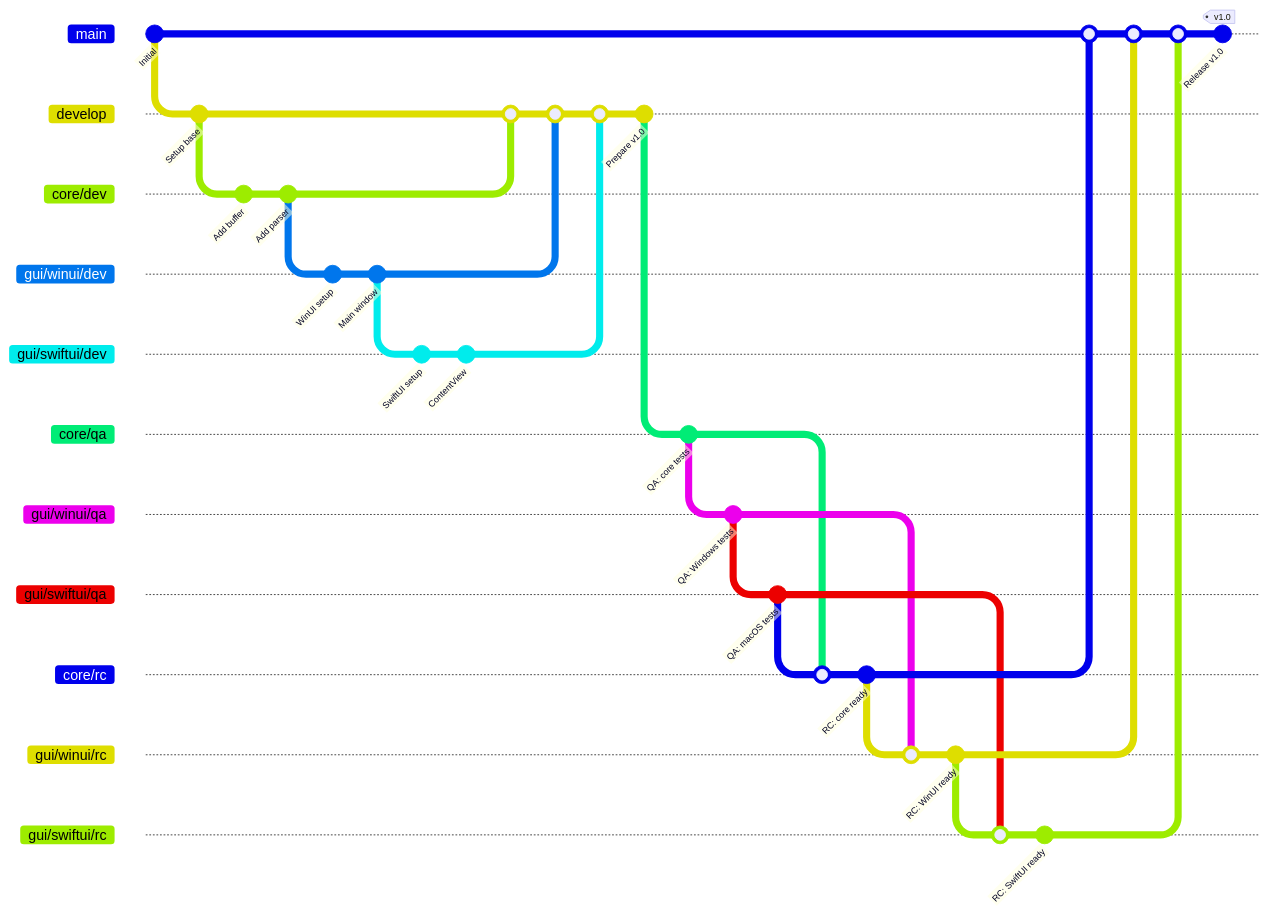
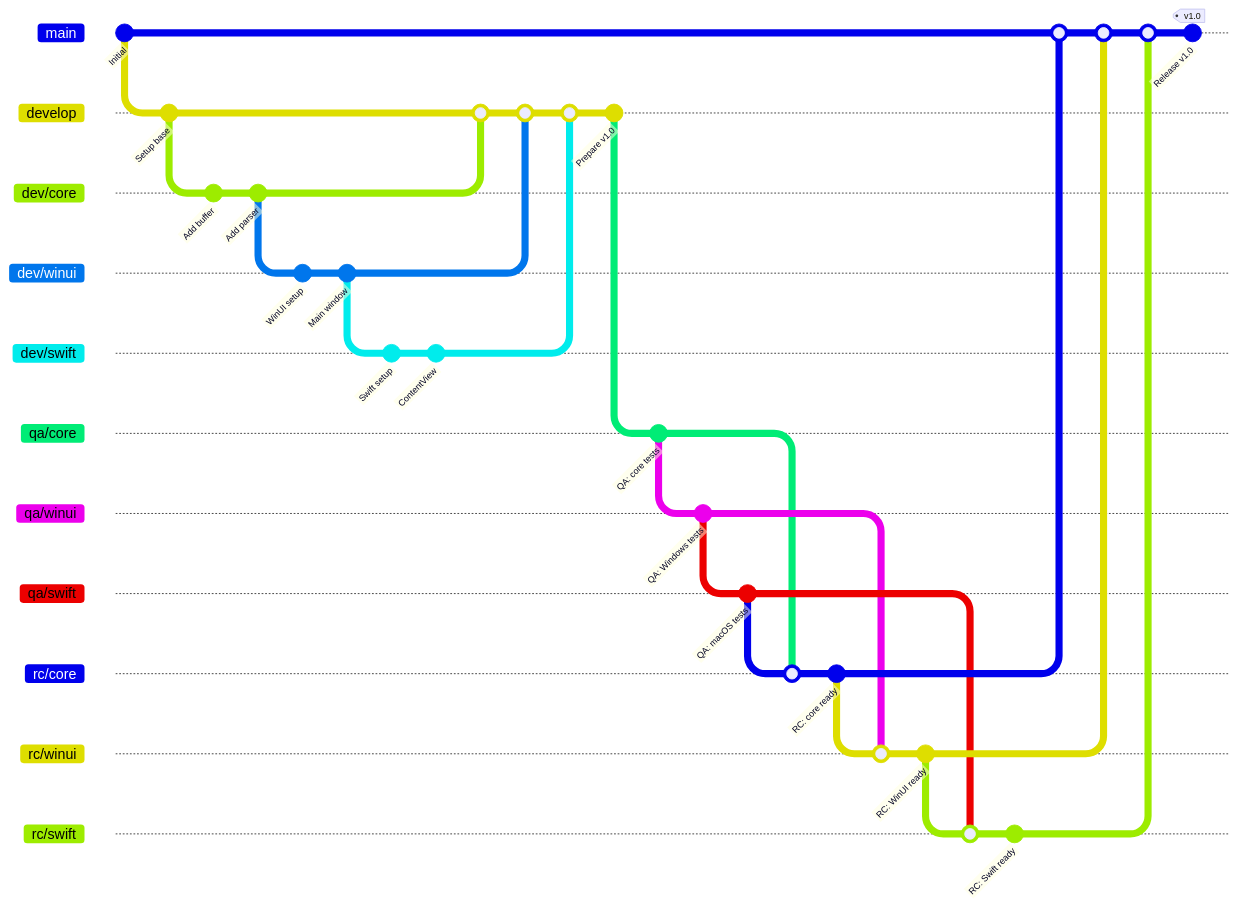
Before and after one commit to incognia/TextEditor: the second of 2 diagrams in docs/BRANCHING.md, drawn with Mermaid. The commit also changed other lines of this file, not shown here.

````diff
--- a/docs/BRANCHING.md
+++ b/docs/BRANCHING.md
@@ -57,61 +64,61 @@
 ```mermaid
 gitGraph
     commit id: "Initial"
     branch develop
     checkout develop
     commit id: "Setup base"
     
-    branch core/dev
-    checkout core/dev
+    branch dev/core
+    checkout dev/core
     commit id: "Add buffer"
     commit id: "Add parser"
     
-    branch gui/winui/dev
-    checkout gui/winui/dev
+    branch dev/winui
+    checkout dev/winui
     commit id: "WinUI setup"
     commit id: "Main window"
     
-    branch gui/swiftui/dev
-    checkout gui/swiftui/dev
-    commit id: "SwiftUI setup"
+    branch dev/swift
+    checkout dev/swift
+    commit id: "Swift setup"
     commit id: "ContentView"
     
     checkout develop
-    merge core/dev
-    merge gui/winui/dev
-    merge gui/swiftui/dev
+    merge dev/core
+    merge dev/winui
+    merge dev/swift
     commit id: "Prepare v1.0"
     
-    branch core/qa
-    checkout core/qa
+    branch qa/core
+    checkout qa/core
     commit id: "QA: core tests"
     
-    branch gui/winui/qa
-    checkout gui/winui/qa
+    branch qa/winui
+    checkout qa/winui
     commit id: "QA: Windows tests"
     
-    branch gui/swiftui/qa
-    checkout gui/swiftui/qa
+    branch qa/swift
+    checkout qa/swift
     commit id: "QA: macOS tests"
     
-    branch core/rc
-    checkout core/rc
-    merge core/qa
+    branch rc/core
+    checkout rc/core
+    merge qa/core
     commit id: "RC: core ready"
     
-    branch gui/winui/rc
-    checkout gui/winui/rc
-    merge gui/winui/qa
+    branch rc/winui
+    checkout rc/winui
+    merge qa/winui
     commit id: "RC: WinUI ready"
     
-    branch gui/swiftui/rc
-    checkout gui/swiftui/rc
-    merge gui/swiftui/qa
-    commit id: "RC: SwiftUI ready"
+    branch rc/swift
+    checkout rc/swift
+    merge qa/swift
+    commit id: "RC: Swift ready"
     
     checkout main
-    merge core/rc
-    merge gui/winui/rc
-    merge gui/swiftui/rc
+    merge rc/core
+    merge rc/winui
+    merge rc/swift
     commit id: "Release v1.0" tag: "v1.0"
 ```
````
